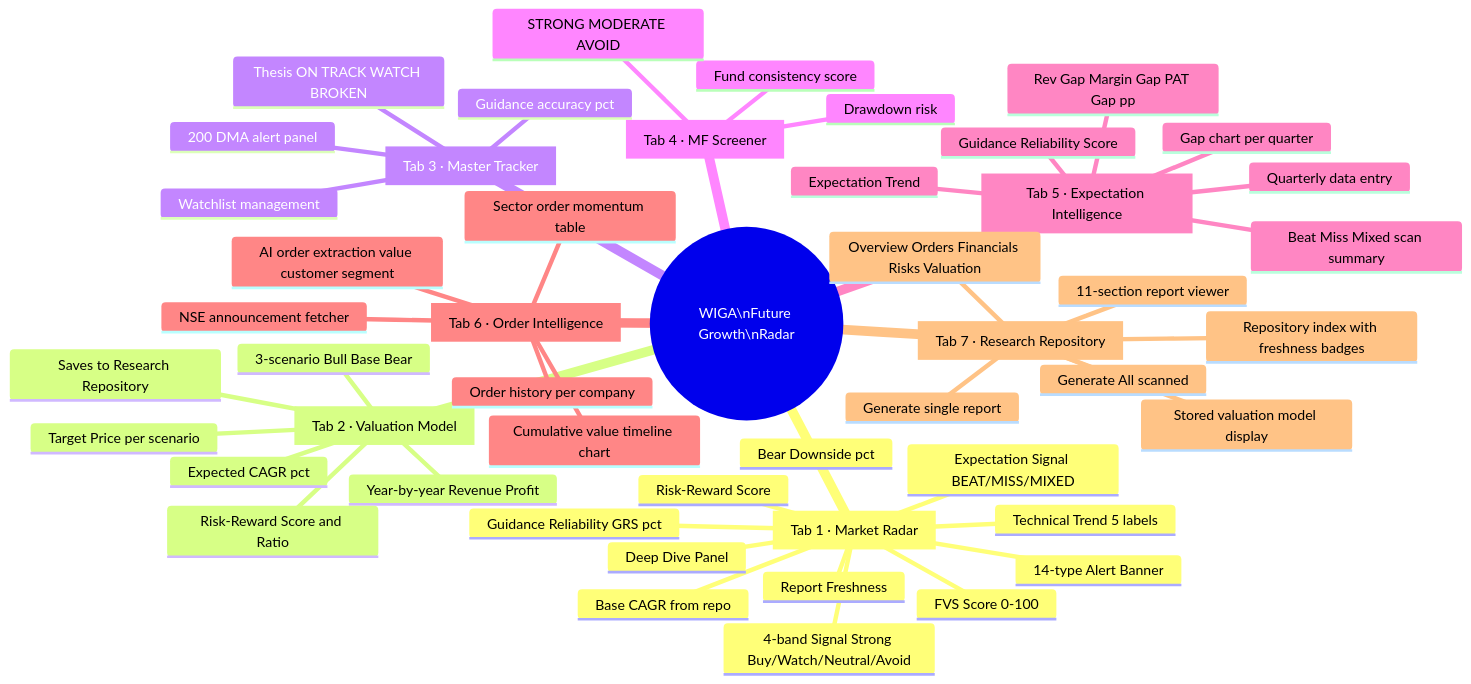
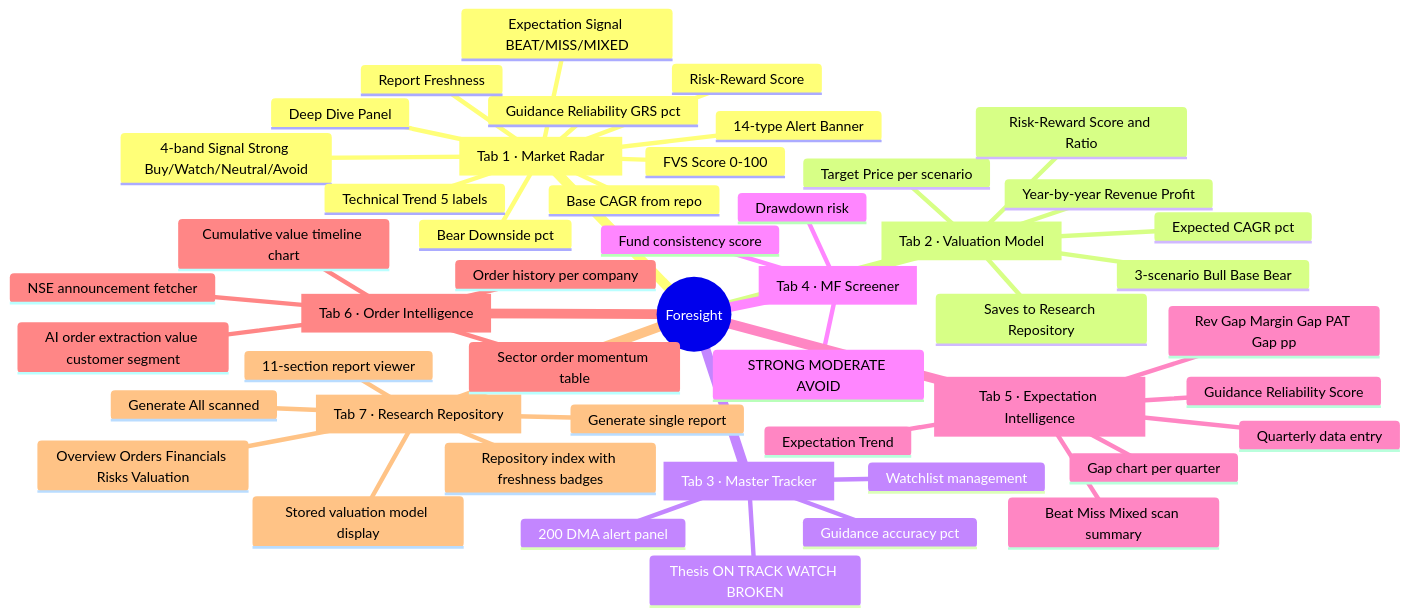
Before and after one commit to studentarpit/foresight: the third of 4 diagrams in FS_ARCHITECTURE.md, drawn with Mermaid. The commit also changed other lines of this file and 24 other files, not shown here.

````diff
--- a/FS_ARCHITECTURE.md
+++ b/FS_ARCHITECTURE.md
@@ -197,52 +197,52 @@
 ```mermaid
 mindmap
-  root((WIGA\nFuture Growth\nRadar))
+  root((Foresight))
     Tab1[Tab 1 · Market Radar]
       FVS Score 0-100
       4-band Signal Strong Buy/Watch/Neutral/Avoid
       Technical Trend 5 labels
       Expectation Signal BEAT/MISS/MIXED
       Guidance Reliability GRS pct
       Base CAGR from repo
       Bear Downside pct
       Risk-Reward Score
       Report Freshness
       14-type Alert Banner
       Deep Dive Panel
     Tab2[Tab 2 · Valuation Model]
       3-scenario Bull Base Bear
       Year-by-year Revenue Profit
       Target Price per scenario
       Expected CAGR pct
       Risk-Reward Score and Ratio
       Saves to Research Repository
     Tab3[Tab 3 · Master Tracker]
       Watchlist management
       Thesis ON TRACK WATCH BROKEN
       Guidance accuracy pct
       200 DMA alert panel
     Tab4[Tab 4 · MF Screener]
       Fund consistency score
       Drawdown risk
       STRONG MODERATE AVOID
     Tab5[Tab 5 · Expectation Intelligence]
       Quarterly data entry
       Rev Gap Margin Gap PAT Gap pp
       Guidance Reliability Score
       Expectation Trend
       Beat Miss Mixed scan summary
       Gap chart per quarter
     Tab6[Tab 6 · Order Intelligence]
       NSE announcement fetcher
       AI order extraction value customer segment
       Order history per company
       Cumulative value timeline chart
       Sector order momentum table
     Tab7[Tab 7 · Research Repository]
       Repository index with freshness badges
       Generate single report
       Generate All scanned
       11-section report viewer
       Overview Orders Financials Risks Valuation
       Stored valuation model display
 ```
````
